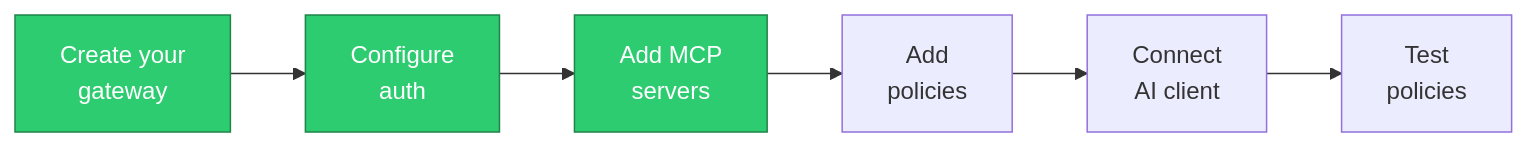
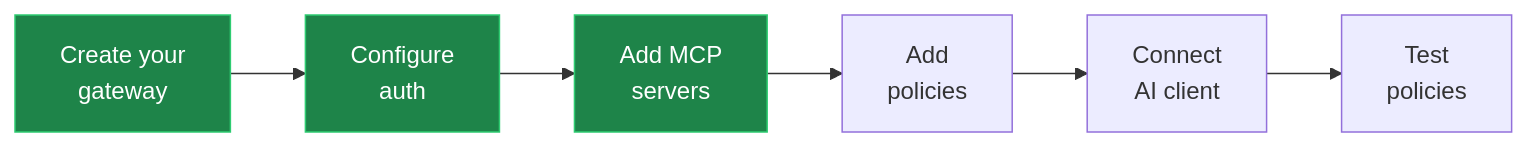
The second of 2 diagrams in dtwo/skills/setup/SKILL.md (dtwoai/plugins), drawn with Mermaid before and after one commit. The commit also changed other lines of this file, not shown here.

````diff
--- a/dtwo/skills/setup/SKILL.md
+++ b/dtwo/skills/setup/SKILL.md
@@ -81,9 +81,9 @@
 ```mermaid
 flowchart LR
-    classDef done fill:#2ecc71,stroke:#1e8449,color:#ffffff
+    classDef done fill:#1e8449,stroke:#2ecc71,color:#ffffff
     A[Create your<br/>gateway]:::done --> B[Configure<br/>auth]:::done
     B --> C[Add MCP<br/>servers]:::done
     C --> D[Add<br/>policies]
     D --> E[Connect<br/>AI client]
     E --> F[Test<br/>policies]
 ```
````
